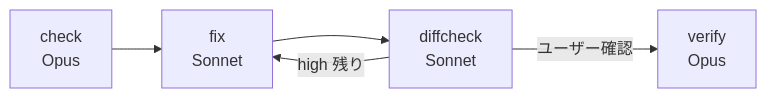
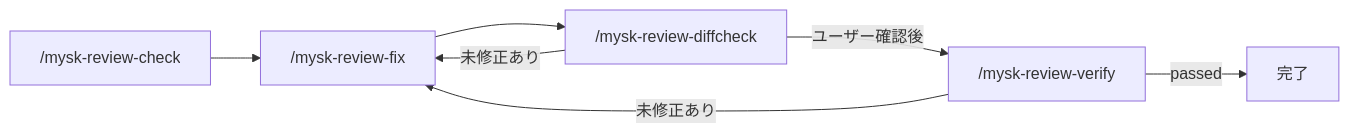
The second of 3 diagrams in README.md (ainoobmenpg/claude-code-myskills), drawn with Mermaid before and after one commit. The commit also changed other lines of this file and 1 other file, not shown here.

Commit message:
docs: simplify workflow diagrams

````diff
--- a/README.md
+++ b/README.md
@@ -259,7 +240,9 @@
 ```mermaid
 graph LR
-    A["check<br/>Opus"] --> B["fix<br/>Sonnet"]
-    B --> C["diffcheck<br/>Sonnet"]
-    C -->|"high 残り"| B
-    C -->|"ユーザー確認"| D["verify<br/>Opus"]
+    A["/mysk-review-check"] --> B["/mysk-review-fix"]
+    B --> C["/mysk-review-diffcheck"]
+    C -->|"未修正あり"| B
+    C -->|"ユーザー確認後"| D["/mysk-review-verify"]
+    D -->|"未修正あり"| B
+    D -->|"passed"| E["完了"]
 ```
````
